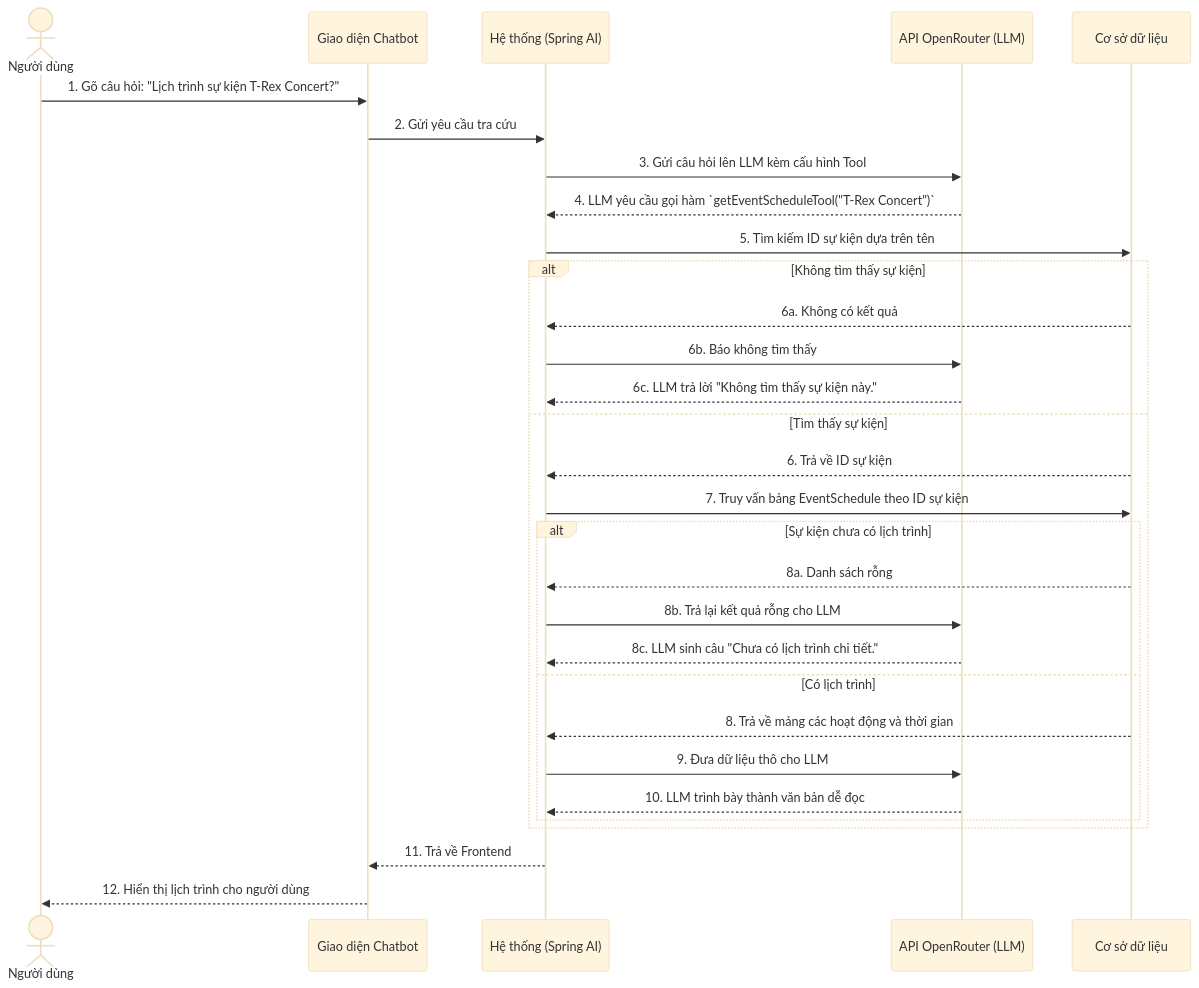
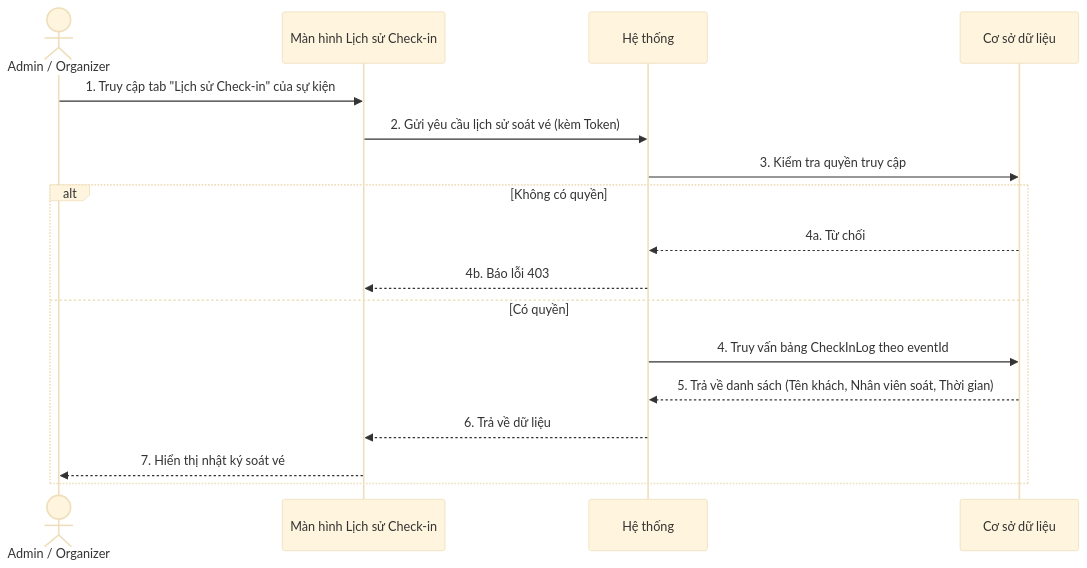
One commit to ChuDucAnh21/BE-quan-ly-su-kien changed the fourth of 4 diagrams in doc/system_analysis/sequence diagram/05e_sequence_chatbot_ai.md. Above: the diagram before and after it, drawn with Mermaid (base theme). The commit also changed other lines of this file and 26 other files, not shown here.

````diff
--- a/doc/system_analysis/sequence diagram/05e_sequence_chatbot_ai.md
+++ b/doc/system_analysis/sequence diagram/05e_sequence_chatbot_ai.md
@@ -63,33 +84,20 @@
 ```mermaid
 sequenceDiagram
-    actor User as Người dùng
-    participant UI as Giao diện Chatbot
-    participant HT as Hệ thống (Spring AI)
-    participant LLM as API OpenRouter (LLM)
+    actor Org as Admin / Organizer
+    participant UI as Màn hình Lịch sử Check-in
+    participant HT as Hệ thống
     participant DB as Cơ sở dữ liệu
 
-    User->>UI: 1. Gõ câu hỏi: "Lịch trình sự kiện T-Rex Concert?"
-    UI->>HT: 2. Gửi yêu cầu tra cứu
-    HT->>LLM: 3. Gửi câu hỏi lên LLM kèm cấu hình Tool
-    LLM-->>HT: 4. LLM yêu cầu gọi hàm `getEventScheduleTool("T-Rex Concert")`
-    HT->>DB: 5. Tìm kiếm ID sự kiện dựa trên tên
-    alt Không tìm thấy sự kiện
-        DB-->>HT: 6a. Không có kết quả
-        HT->>LLM: 6b. Báo không tìm thấy
-        LLM-->>HT: 6c. LLM trả lời "Không tìm thấy sự kiện này."
-    else Tìm thấy sự kiện
-        DB-->>HT: 6. Trả về ID sự kiện
-        HT->>DB: 7. Truy vấn bảng EventSchedule theo ID sự kiện
-        alt Sự kiện chưa có lịch trình
-            DB-->>HT: 8a. Danh sách rỗng
-            HT->>LLM: 8b. Trả lại kết quả rỗng cho LLM
-            LLM-->>HT: 8c. LLM sinh câu "Chưa có lịch trình chi tiết."
-        else Có lịch trình
-            DB-->>HT: 8. Trả về mảng các hoạt động và thời gian
-            HT->>LLM: 9. Đưa dữ liệu thô cho LLM
-            LLM-->>HT: 10. LLM trình bày thành văn bản dễ đọc
-        end
+    Org->>UI: 1. Truy cập tab "Lịch sử Check-in" của sự kiện
+    UI->>HT: 2. Gửi yêu cầu lịch sử soát vé (kèm Token)
+    HT->>DB: 3. Kiểm tra quyền truy cập
+    alt Không có quyền
+        DB-->>HT: 4a. Từ chối
+        HT-->>UI: 4b. Báo lỗi 403
+    else Có quyền
+        HT->>DB: 4. Truy vấn bảng CheckInLog theo eventId
+        DB-->>HT: 5. Trả về danh sách (Tên khách, Nhân viên soát, Thời gian)
+        HT-->>UI: 6. Trả về dữ liệu
+        UI-->>Org: 7. Hiển thị nhật ký soát vé
     end
-    HT-->>UI: 11. Trả về Frontend
-    UI-->>User: 12. Hiển thị lịch trình cho người dùng
 ```
````
